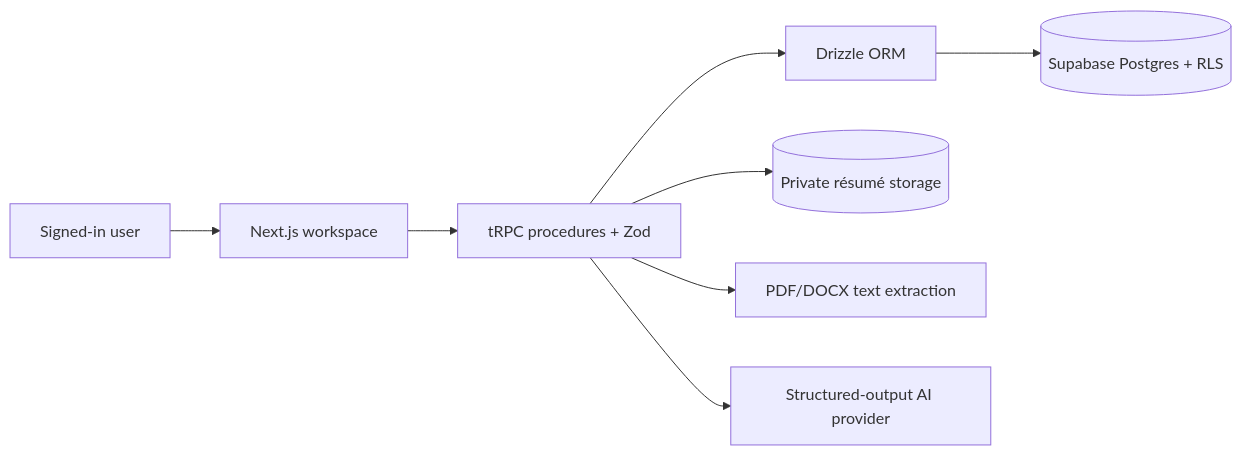
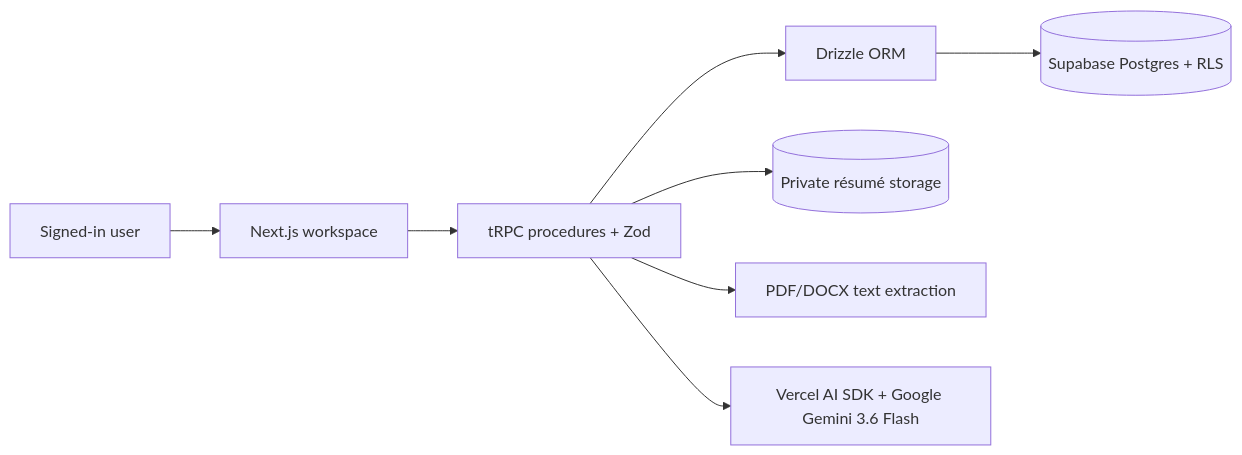
One commit to rchrdwllm/search-trace changed the diagram in docs/prd/prd.md. Above: the diagram before and after it, drawn with Mermaid. The commit also changed other lines of this file and 45 other files, not shown here.

````diff
--- a/docs/prd/prd.md
+++ b/docs/prd/prd.md
@@ -159,10 +161,10 @@
 ```mermaid
 flowchart LR
   U[Signed-in user] --> W[Next.js workspace]
   W --> T[tRPC procedures + Zod]
   T --> O[Drizzle ORM]
   O --> D[(Supabase Postgres + RLS)]
   T --> B[(Private résumé storage)]
   T --> X[PDF/DOCX text extraction]
-  T --> A[Structured-output AI provider]
+  T --> A[Vercel AI SDK + Google Gemini 3.6 Flash]
 ```
````
